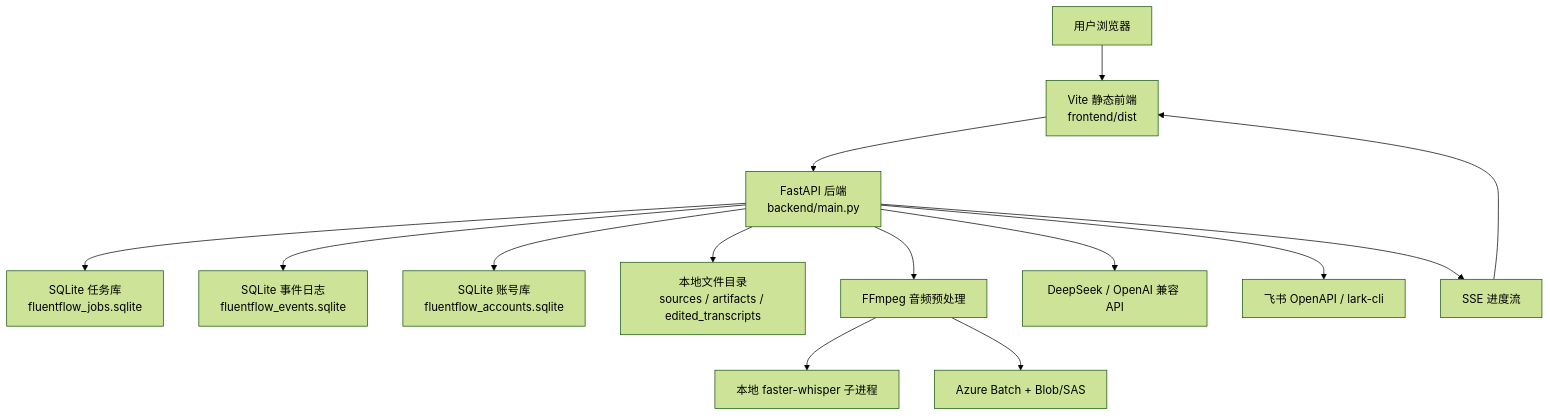
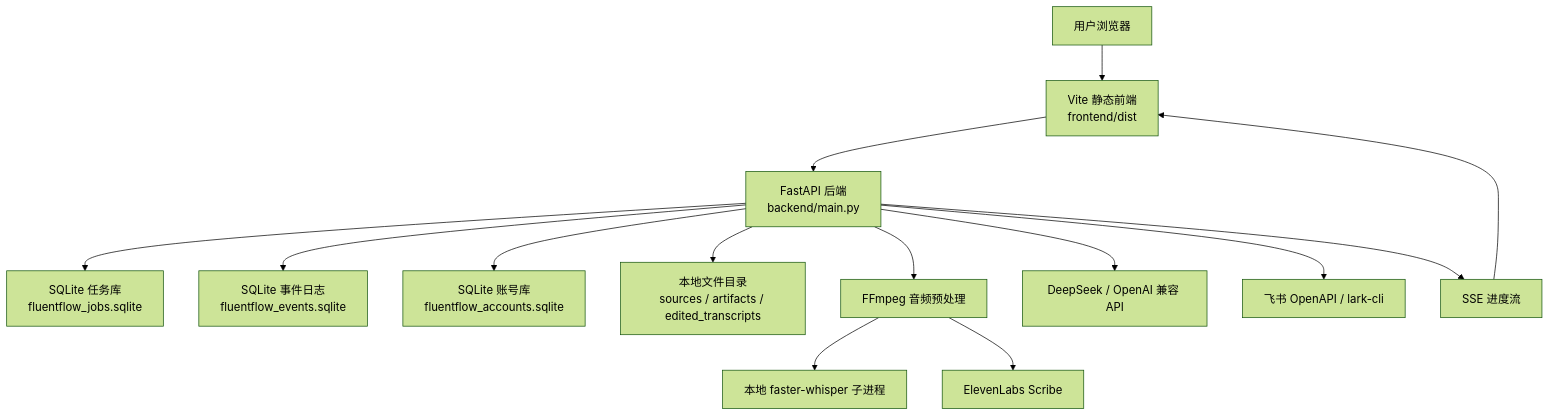
The first of 3 diagrams in docs/architecture.md (Userneima/fluentflow), drawn with Mermaid (forest theme) before and after one commit. The commit also changed other lines of this file and 27 other files, not shown here.

Commit message:
Make ElevenLabs the default cloud transcription route

````diff
--- a/docs/architecture.md
+++ b/docs/architecture.md
@@ -12,16 +12,16 @@
 ```mermaid
 flowchart TB
   User["用户浏览器"] --> Frontend["Vite 静态前端<br/>frontend/dist"]
   Frontend --> API["FastAPI 后端<br/>backend/main.py"]
   API --> Jobs["SQLite 任务库<br/>fluentflow_jobs.sqlite"]
   API --> Events["SQLite 事件日志<br/>fluentflow_events.sqlite"]
   API --> Accounts["SQLite 账号库<br/>fluentflow_accounts.sqlite"]
   API --> Files["本地文件目录<br/>sources / artifacts / edited_transcripts"]
   API --> FFmpeg["FFmpeg 音频预处理"]
   FFmpeg --> LocalSTT["本地 faster-whisper 子进程"]
-  FFmpeg --> Azure["Azure Batch + Blob/SAS"]
+  FFmpeg --> ElevenLabs["ElevenLabs Scribe"]
   API --> LLM["DeepSeek / OpenAI 兼容 API"]
   API --> Lark["飞书 OpenAPI / lark-cli"]
   API --> SSE["SSE 进度流"]
   SSE --> Frontend
 ```
````
